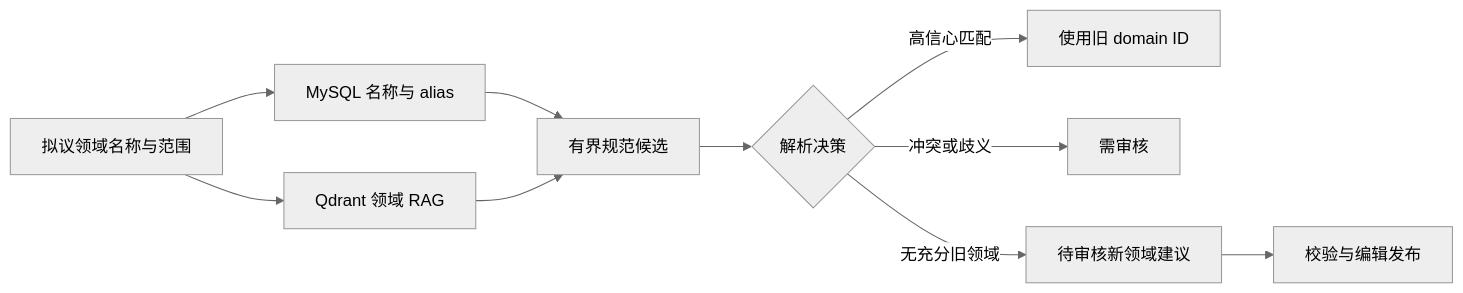
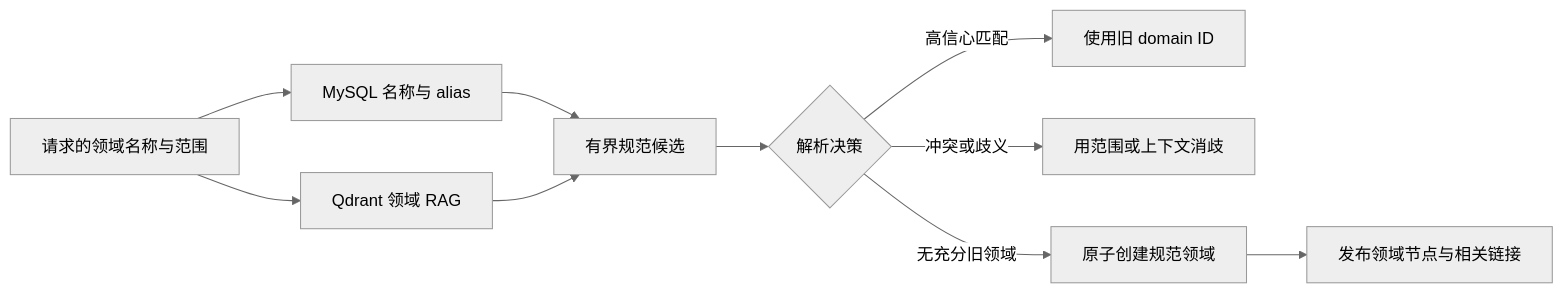
The second of 3 diagrams in docs_cn/transnet_cn.md (Ashex-x/Transnet), drawn with Mermaid (neutral theme) before and after one commit. The commit also changed other lines of this file and 3 other files, not shown here.

````diff
--- a/docs_cn/transnet_cn.md
+++ b/docs_cn/transnet_cn.md
@@ -123,12 +123,12 @@
 ```mermaid
 flowchart LR
-  input["拟议领域名称与范围"] --> exact["MySQL 名称与 alias"]
+  input["请求的领域名称与范围"] --> exact["MySQL 名称与 alias"]
   exact --> candidates["有界规范候选"]
   input --> rag["Qdrant 领域 RAG"]
   rag --> candidates
   candidates --> decide{"解析决策"}
   decide -->|"高信心匹配"| reuse["使用旧 domain ID"]
-  decide -->|"冲突或歧义"| review["需审核"]
-  decide -->|"无充分旧领域"| propose["待审核新领域建议"]
-  propose --> publish["校验与编辑发布"]
+  decide -->|"冲突或歧义"| clarify["用范围或上下文消歧"]
+  decide -->|"无充分旧领域"| create["原子创建规范领域"]
+  create --> index["发布领域节点与相关链接"]
 ```
````
